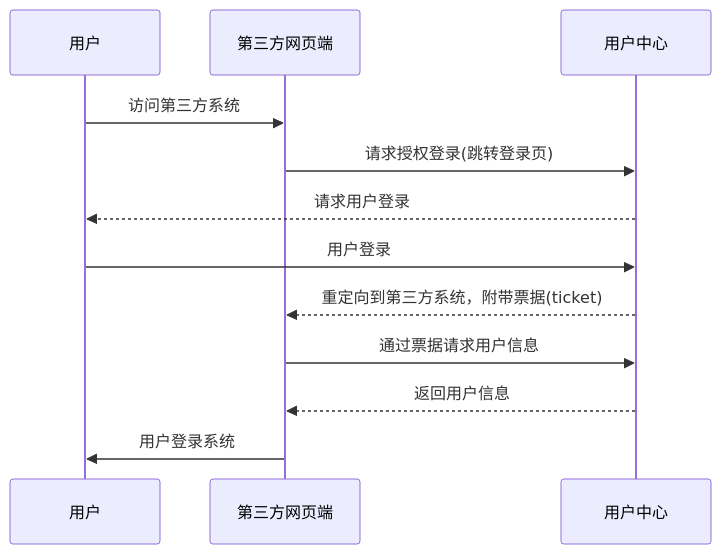
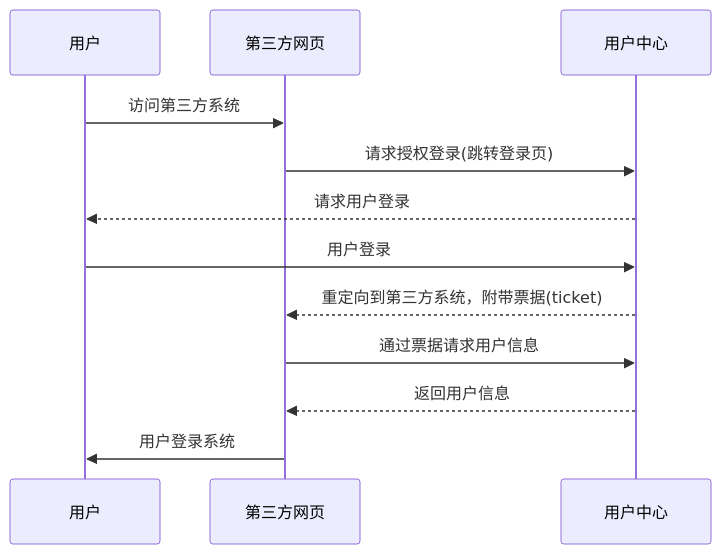
Before and after one commit to zhaochewisdom/DocumentCenter: the diagram in sso/pc.md, drawn with Mermaid. The commit also changed other lines of this file and 2 other files, not shown here.

````diff
--- a/sso/pc.md
+++ b/sso/pc.md
@@ -5,12 +5,12 @@
 ```mermaid
 %% Example of sequence diagram
   sequenceDiagram
-    用户->>第三方网页端: 访问第三方系统
-    第三方网页端->>用户中心: 请求授权登录(跳转登录页)
+    用户->>第三方网页: 访问第三方系统
+    第三方网页->>用户中心: 请求授权登录(跳转登录页)
     用户中心-->>用户: 请求用户登录
     用户->>用户中心: 用户登录
-    用户中心-->>第三方网页端: 重定向到第三方系统，附带票据(ticket)
-    第三方网页端->>用户中心: 通过票据请求用户信息
-    用户中心-->>第三方网页端: 返回用户信息
-    第三方网页端->>用户: 用户登录系统
+    用户中心-->>第三方网页: 重定向到第三方系统，附带票据(ticket)
+    第三方网页->>用户中心: 通过票据请求用户信息
+    用户中心-->>第三方网页: 返回用户信息
+    第三方网页->>用户: 用户登录系统
 ```
````
